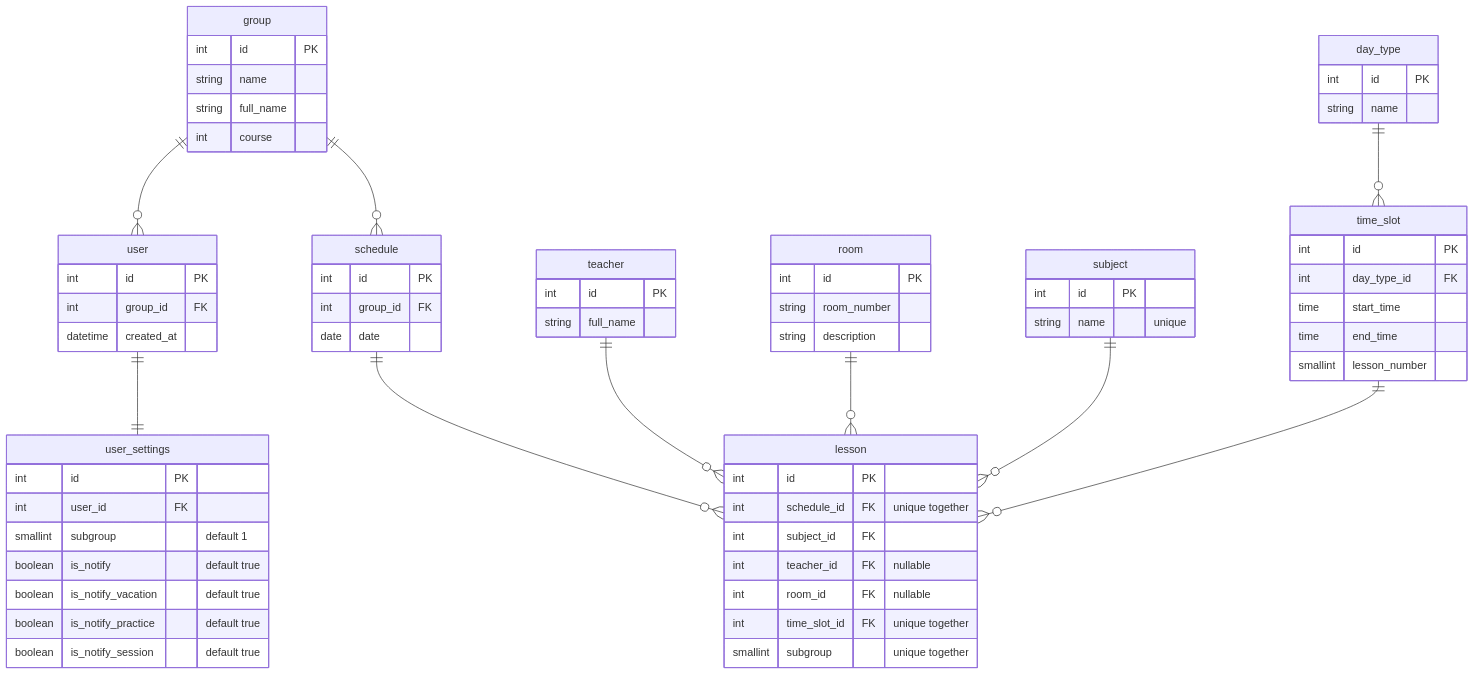
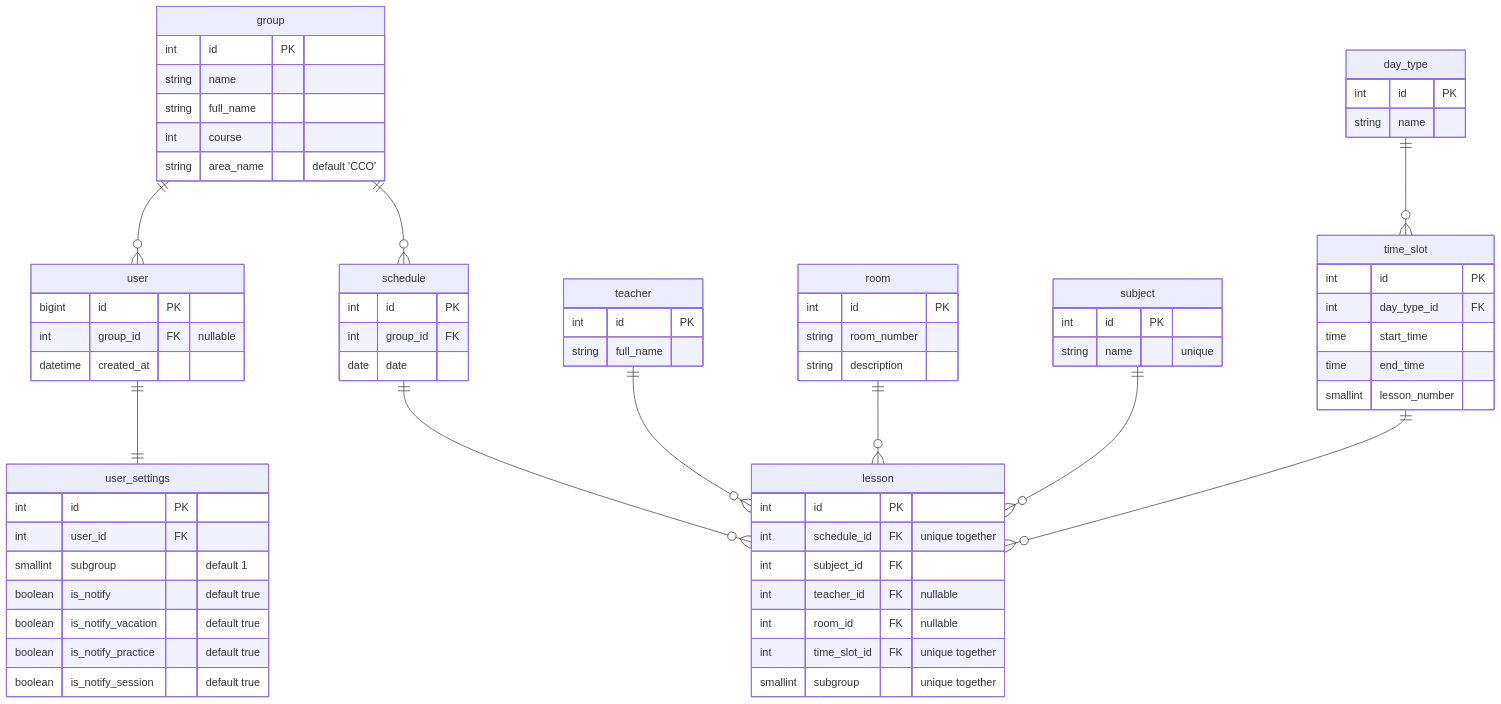
Before and after one commit to paraplan/telegram-bot: the diagram in docs/db_schema.mermaid, drawn with Mermaid.

Commit message:
docs: database schema update

```diff
--- a/docs/db_schema.mermaid
+++ b/docs/db_schema.mermaid
@@ -1,78 +1,79 @@
 erDiagram
     user ||--|| user_settings : ""
     group ||--o{ user : ""
     group ||--o{ schedule : ""
     schedule ||--o{ lesson : ""
     teacher ||--o{ lesson : ""
     room ||--o{ lesson : ""
     subject ||--o{ lesson : ""
     time_slot ||--o{ lesson : ""
     day_type ||--o{ time_slot : ""
 
     user {
-        int id PK
-        int group_id FK
+        bigint id PK
+        int group_id FK "nullable"
         datetime created_at
     }
 
     user_settings {
         int id PK
         int user_id FK
         smallint subgroup "default 1"
         boolean is_notify "default true"
         boolean is_notify_vacation "default true"
         boolean is_notify_practice "default true"
         boolean is_notify_session "default true"
     }
 
     group {
         int id PK
         string name
         string full_name
         int course
+        string area_name "default 'ССО'"
     }
 
     schedule {
         int id PK
         int group_id FK
         date date
     }
 
     lesson {
         int id PK
         int schedule_id FK "unique together"
         int subject_id FK
         int teacher_id FK "nullable"
         int room_id FK "nullable"
         int time_slot_id FK "unique together"
         smallint subgroup "unique together"
     }
 
     teacher {
         int id PK
         string full_name
     }
 
     room {
         int id PK
         string room_number
         string description
     }
 
     subject {
         int id PK
         string name "unique"
     }
 
     time_slot {
         int id PK
         int day_type_id FK
         time start_time
         time end_time
         smallint lesson_number
     }
 
     day_type {
         int id PK
         string name
     }
```
